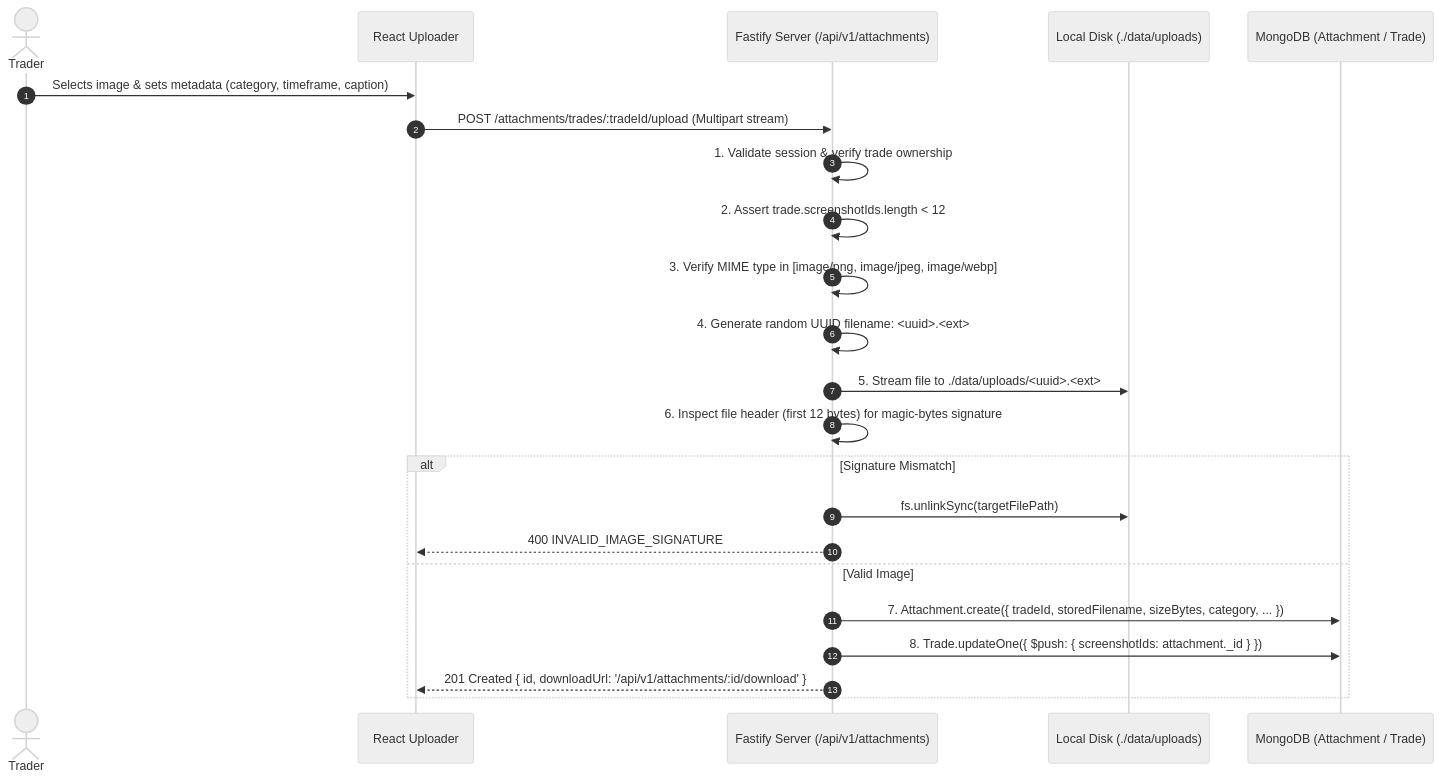
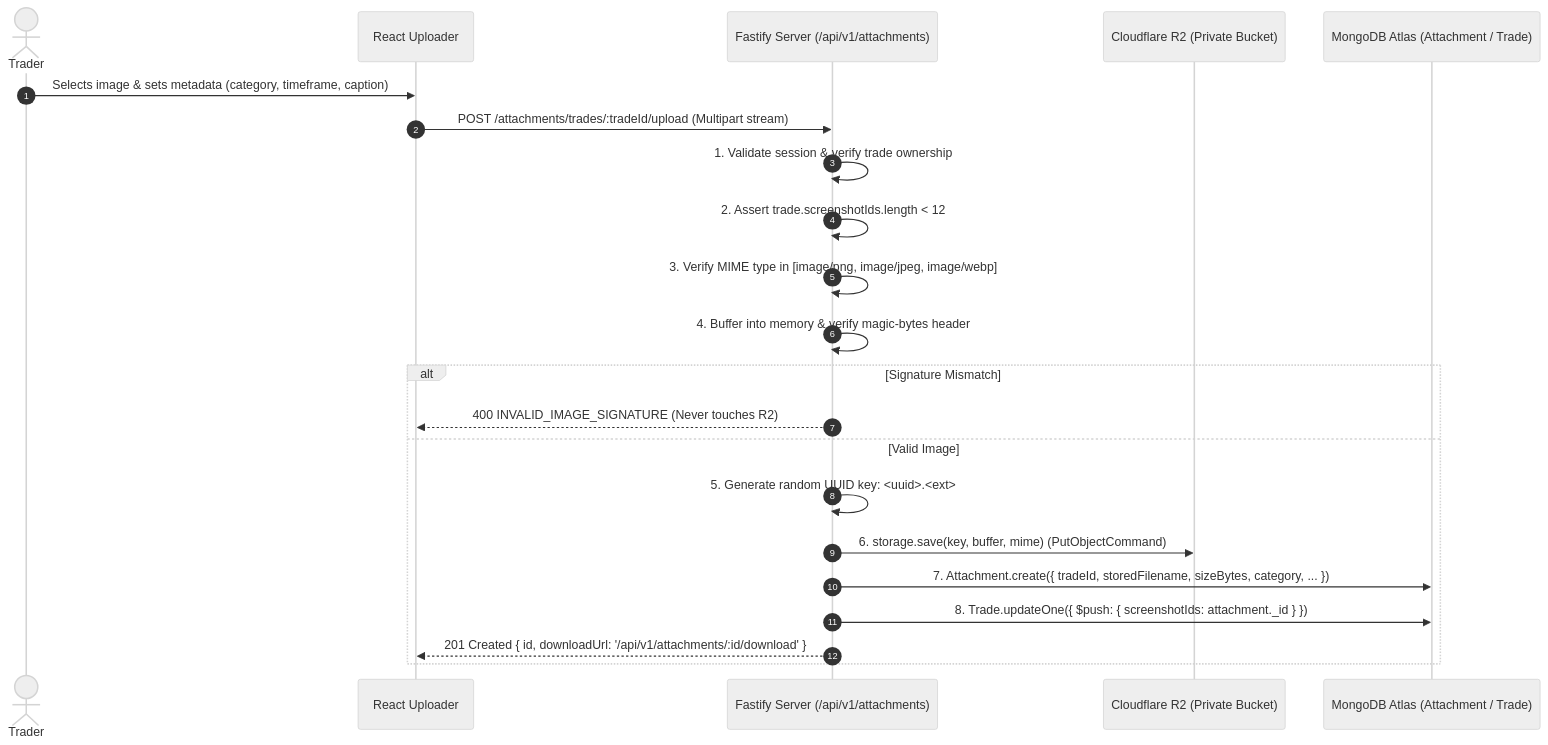
Before and after one commit to Rohsh00/SetupMint: the diagram in docs/FILE_STORAGE_AND_ATTACHMENTS.md, drawn with Mermaid (neutral theme). The commit also changed other lines of this file and 38 other files, not shown here.

First line of the commit message:
feat: transition SetupMint to cloud-only architecture with MongoDB Atlas and Cloudflare R2

````diff
--- a/docs/FILE_STORAGE_AND_ATTACHMENTS.md
+++ b/docs/FILE_STORAGE_AND_ATTACHMENTS.md
@@ -39,26 +38,25 @@
 ```mermaid
 sequenceDiagram
     autonumber
     actor Trader
     participant Browser as React Uploader
     participant Fastify as Fastify Server (/api/v1/attachments)
-    participant Disk as Local Disk (./data/uploads)
-    participant DB as MongoDB (Attachment / Trade)
+    participant R2 as Cloudflare R2 (Private Bucket)
+    participant DB as MongoDB Atlas (Attachment / Trade)
 
     Trader->>Browser: Selects image & sets metadata (category, timeframe, caption)
     Browser->>Fastify: POST /attachments/trades/:tradeId/upload (Multipart stream)
     Fastify->>Fastify: 1. Validate session & verify trade ownership
     Fastify->>Fastify: 2. Assert trade.screenshotIds.length < 12
     Fastify->>Fastify: 3. Verify MIME type in [image/png, image/jpeg, image/webp]
-    Fastify->>Fastify: 4. Generate random UUID filename: <uuid>.<ext>
-    Fastify->>Disk: 5. Stream file to ./data/uploads/<uuid>.<ext>
-    Fastify->>Fastify: 6. Inspect file header (first 12 bytes) for magic-bytes signature
+    Fastify->>Fastify: 4. Buffer into memory & verify magic-bytes header
     alt Signature Mismatch
-        Fastify->>Disk: fs.unlinkSync(targetFilePath)
-        Fastify-->>Browser: 400 INVALID_IMAGE_SIGNATURE
+        Fastify-->>Browser: 400 INVALID_IMAGE_SIGNATURE (Never touches R2)
     else Valid Image
+        Fastify->>Fastify: 5. Generate random UUID key: <uuid>.<ext>
+        Fastify->>R2: 6. storage.save(key, buffer, mime) (PutObjectCommand)
         Fastify->>DB: 7. Attachment.create({ tradeId, storedFilename, sizeBytes, category, ... })
         Fastify->>DB: 8. Trade.updateOne({ $push: { screenshotIds: attachment._id } })
         Fastify-->>Browser: 201 Created { id, downloadUrl: '/api/v1/attachments/:id/download' }
     end
 ```
````
